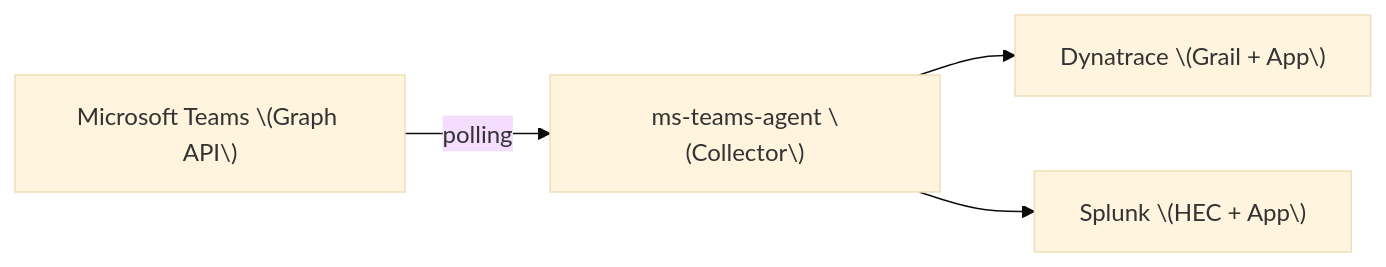
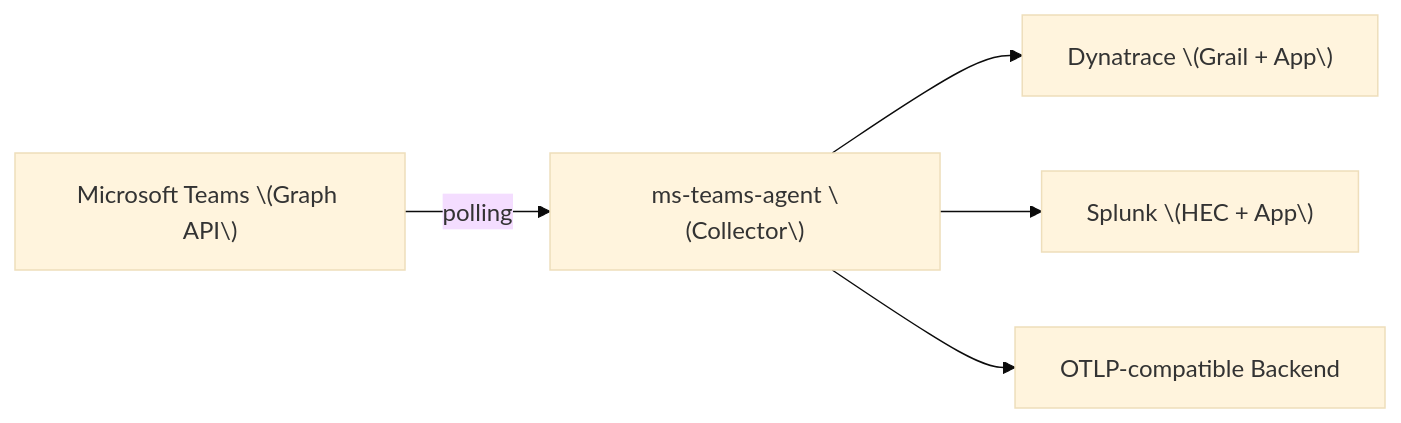
Before and after one commit to Phenisys/microsoft-teams-observability-documentation: the diagram in src/content/docs/getting-started/index.mdx, drawn with Mermaid (base theme). The commit also changed other lines of this file and 26 other files, not shown here.

Commit message:
feat(docs): apply V2 documentation roadmap

````diff
--- a/src/content/docs/getting-started/index.mdx
+++ b/src/content/docs/getting-started/index.mdx
@@ -38,6 +38,7 @@
 ```mermaid
 graph LR
     A["Microsoft Teams \(Graph API\)"] -->|polling| B["ms-teams-agent \(Collector\)"]
     B --> C["Dynatrace \(Grail + App\)"]
     B --> D["Splunk \(HEC + App\)"]
+    B --> G["OTLP-compatible Backend"]
 ```
````
